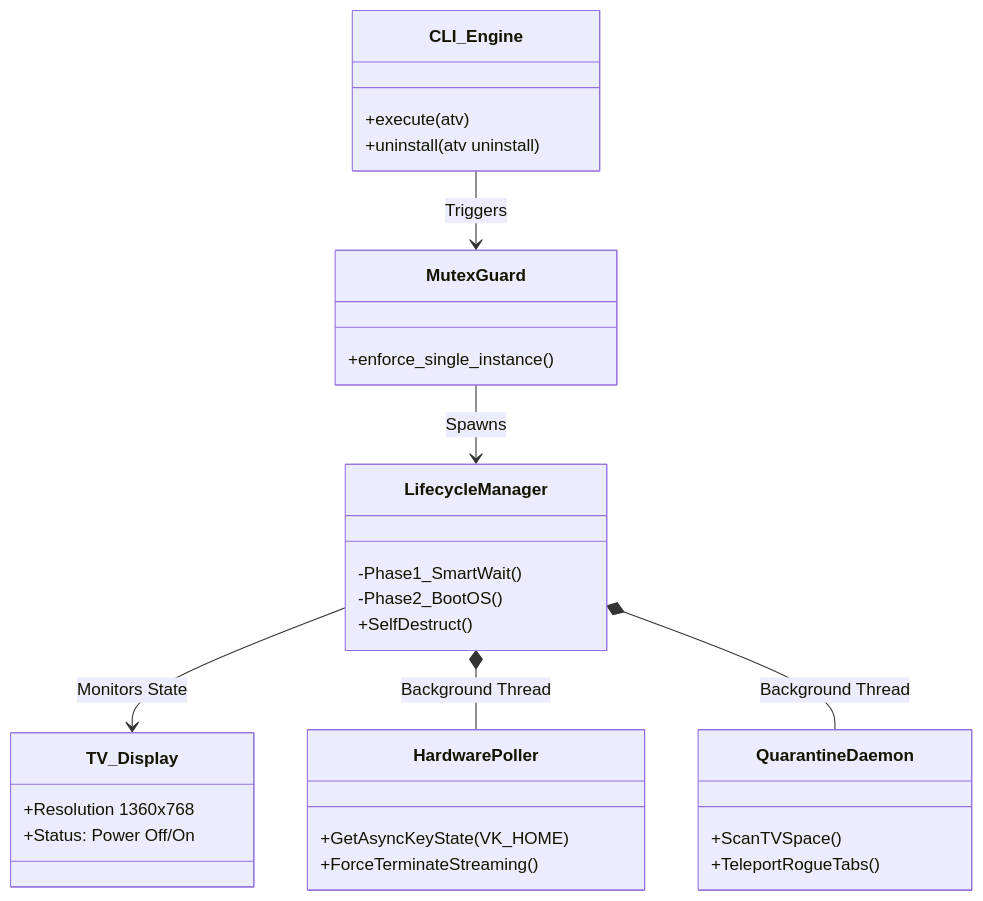
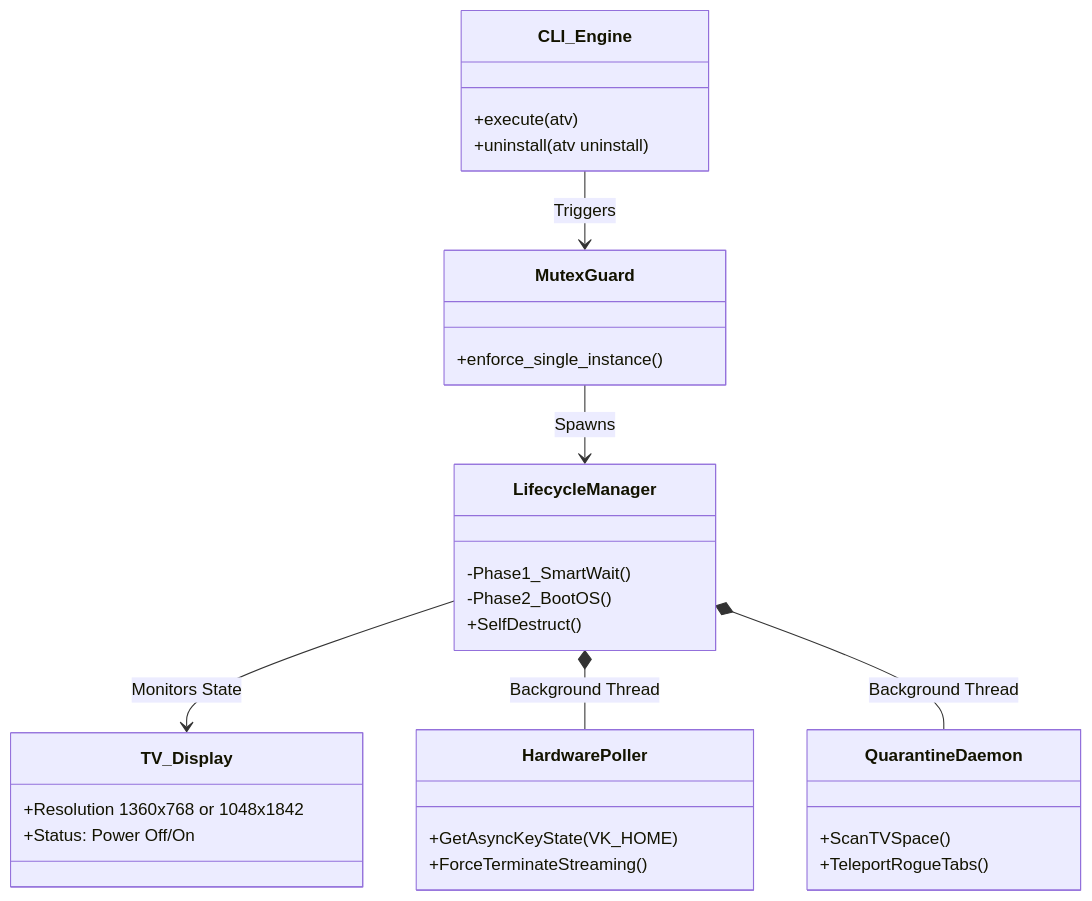
Before and after one commit to t8pr/Abo7amdanTV: the diagram in README.md, drawn with Mermaid. The commit also changed other lines of this file and 1 other file, not shown here.

Commit message:
feat(hardware): dynamically support new 1048x1842 TV resolution alongside legacy 768p displays

````diff
--- a/README.md
+++ b/README.md
@@ -43,33 +43,33 @@
 ```mermaid
 classDiagram
     class CLI_Engine {
         +execute(atv)
         +uninstall(atv uninstall)
     }
     class MutexGuard {
         +enforce_single_instance()
     }
     class LifecycleManager {
         -Phase1_SmartWait()
         -Phase2_BootOS()
         +SelfDestruct()
     }
     class HardwarePoller {
         +GetAsyncKeyState(VK_HOME)
         +ForceTerminateStreaming()
     }
     class QuarantineDaemon {
         +ScanTVSpace()
         +TeleportRogueTabs()
     }
     class TV_Display {
-        +Resolution 1360x768
+        +Resolution 1360x768 or 1048x1842
         +Status: Power Off/On
     }
     
     CLI_Engine --> MutexGuard : Triggers
     MutexGuard --> LifecycleManager : Spawns
     LifecycleManager --> TV_Display : Monitors State
     LifecycleManager *-- HardwarePoller : Background Thread
     LifecycleManager *-- QuarantineDaemon : Background Thread
 ```
````
